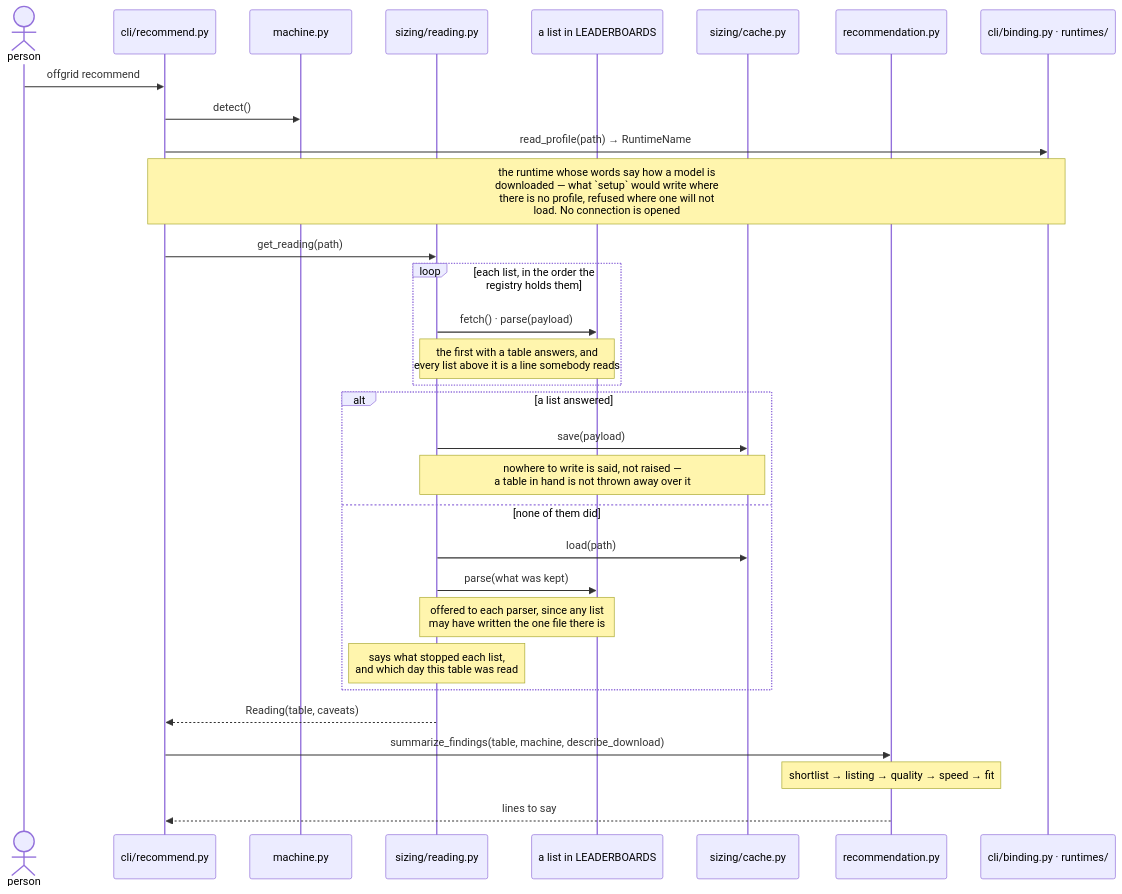
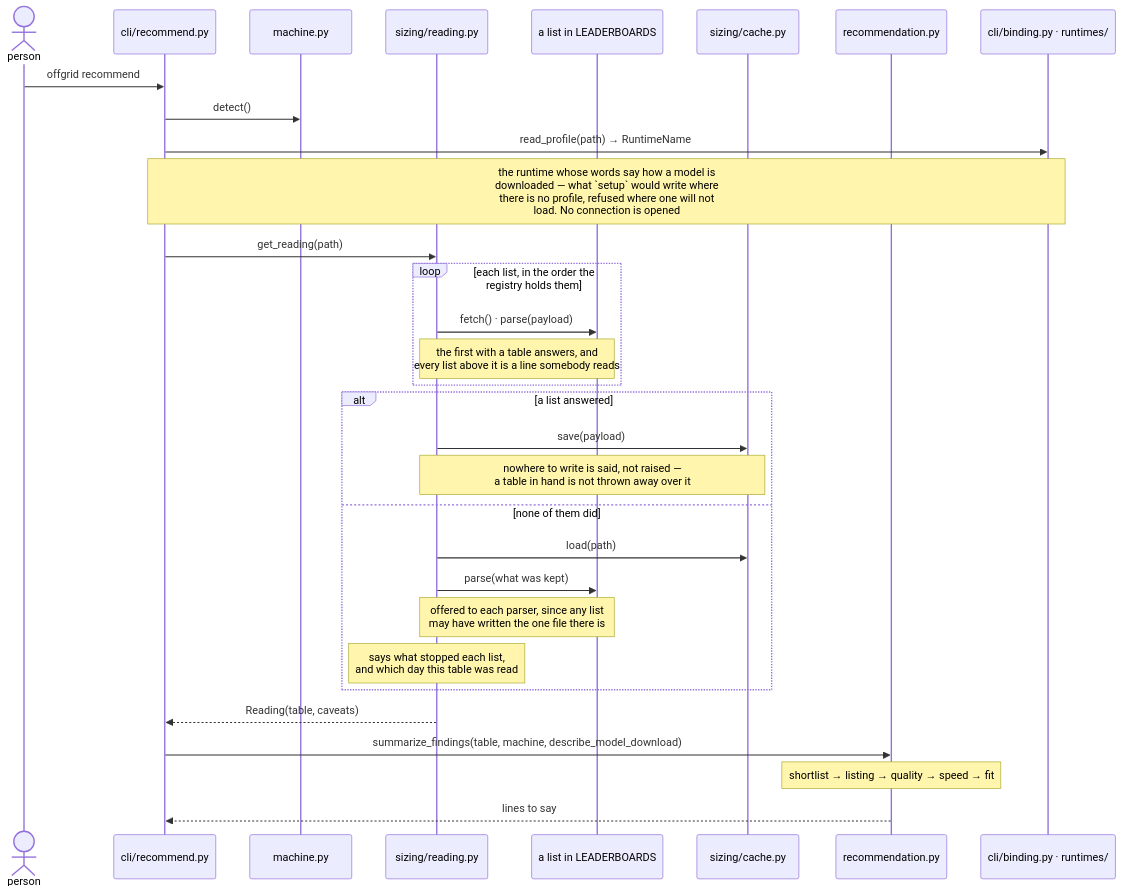
One commit to pvardanis/offgrid changed the third of 3 diagrams in docs/architecture.md. Above: the diagram before and after it, drawn with Mermaid. The commit also changed other lines of this file and 11 other files, not shown here.

First line of the commit message:
refactor(binding): name a download instruction for the model it is about

````diff
--- a/docs/architecture.md
+++ b/docs/architecture.md
@@ -365,34 +365,34 @@
 ```mermaid
 sequenceDiagram
     actor P as person
     participant C as cli/recommend.py
     participant M as machine.py
     participant G as sizing/reading.py
     participant O as a list in LEADERBOARDS
     participant K as sizing/cache.py
     participant S as recommendation.py
     participant B as cli/binding.py · runtimes/
 
     P->>C: offgrid recommend
     C->>M: detect()
     C->>B: read_profile(path) → RuntimeName
     Note over C,B: the runtime whose words say how a model is<br/>downloaded — what `setup` would write where<br/>there is no profile, refused where one will not<br/>load. No connection is opened
     C->>G: get_reading(path)
     loop each list, in the order the registry holds them
         G->>O: fetch() · parse(payload)
         Note over G,O: the first with a table answers, and<br/>every list above it is a line somebody reads
     end
     alt a list answered
         G->>K: save(payload)
         Note over G,K: nowhere to write is said, not raised —<br/>a table in hand is not thrown away over it
     else none of them did
         G->>K: load(path)
         G->>O: parse(what was kept)
         Note over G,O: offered to each parser, since any list<br/>may have written the one file there is
         Note over G: says what stopped each list,<br/>and which day this table was read
     end
     G-->>C: Reading(table, caveats)
-    C->>S: summarize_findings(table, machine, describe_download)
+    C->>S: summarize_findings(table, machine, describe_model_download)
     Note over S: shortlist → listing → quality → speed → fit
     S-->>C: lines to say
 ```
````
